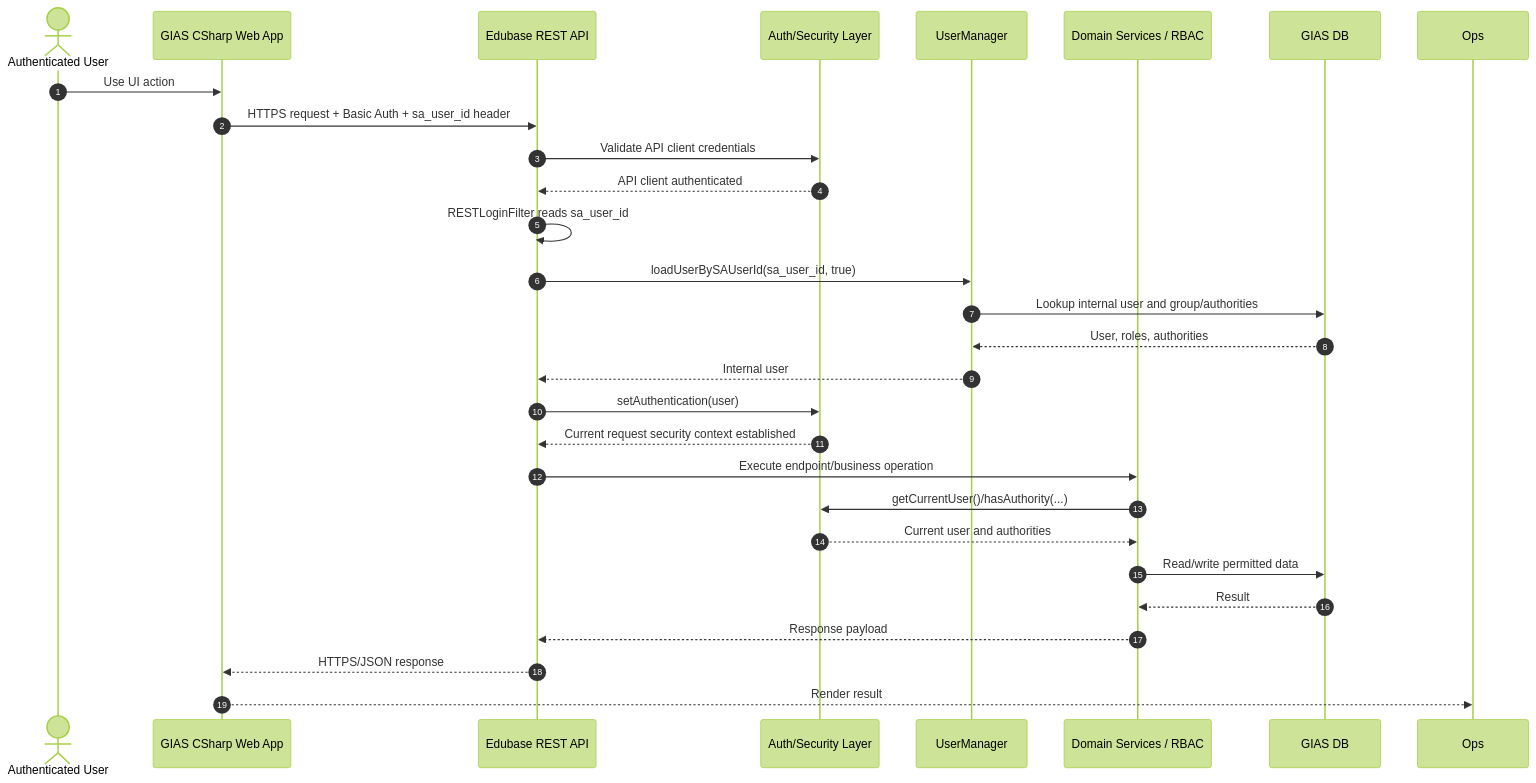
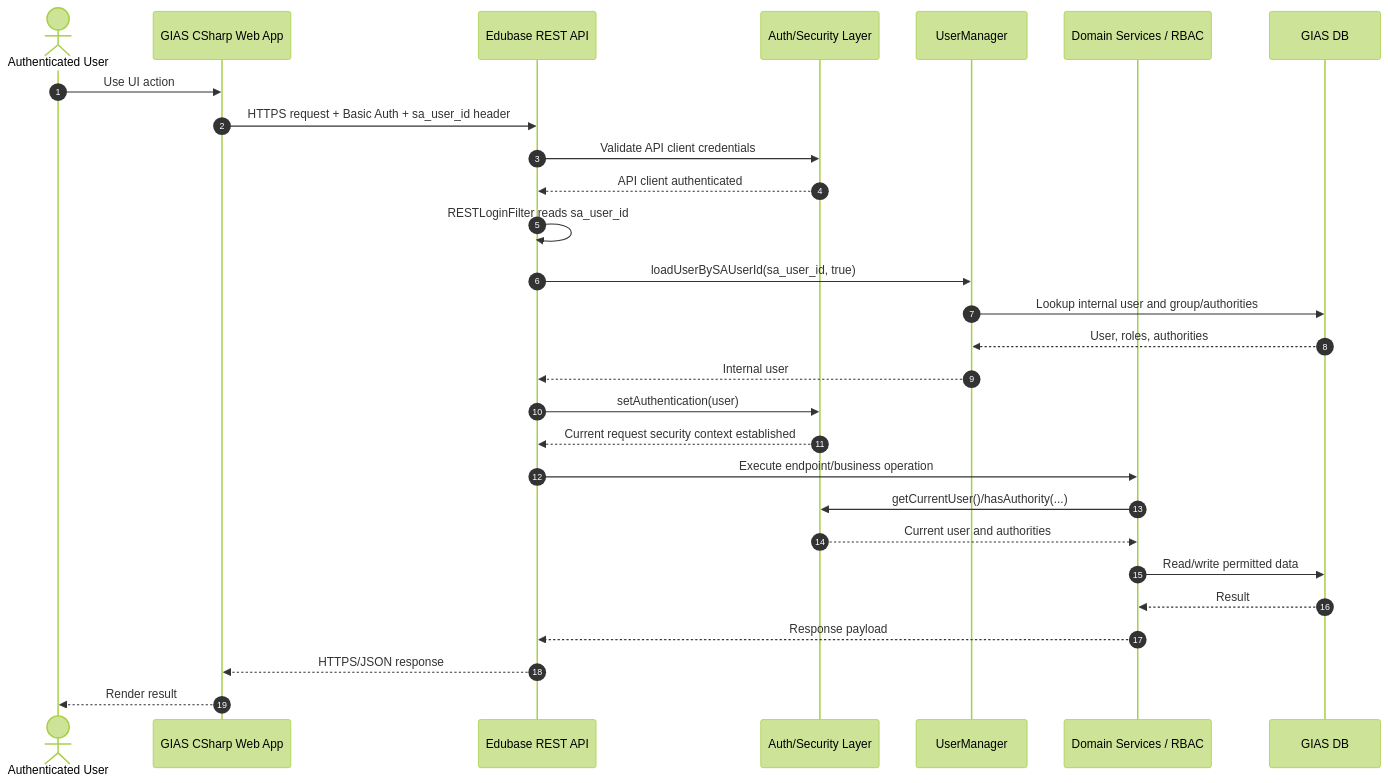
One commit to DFE-Digital/get-information-about-schools changed the fourth of 4 diagrams in documentation/service/back-end-component.md. Above: the diagram before and after it, drawn with Mermaid (forest theme). The commit also changed other lines of this file, not shown here.

Commit message:
component diagram

````diff
--- a/documentation/service/back-end-component.md
+++ b/documentation/service/back-end-component.md
@@ -192,34 +191,34 @@
 ```mermaid
 sequenceDiagram
     autonumber
     actor authUser as Authenticated User
     participant FE as GIAS CSharp Web App
     participant API as Edubase REST API
     participant Auth as Auth/Security Layer
     participant UM as UserManager
     participant RBAC as Domain Services / RBAC
     participant DB as GIAS DB
 
     authUser->>FE: Use UI action
     FE->>API: HTTPS request + Basic Auth + sa_user_id header
     API->>Auth: Validate API client credentials
     Auth-->>API: API client authenticated
 
     API->>API: RESTLoginFilter reads sa_user_id
     API->>UM: loadUserBySAUserId(sa_user_id, true)
     UM->>DB: Lookup internal user and group/authorities
     DB-->>UM: User, roles, authorities
     UM-->>API: Internal user
 
     API->>Auth: setAuthentication(user)
     Auth-->>API: Current request security context established
 
     API->>RBAC: Execute endpoint/business operation
     RBAC->>Auth: getCurrentUser()/hasAuthority(...)
     Auth-->>RBAC: Current user and authorities
     RBAC->>DB: Read/write permitted data
     DB-->>RBAC: Result
     RBAC-->>API: Response payload
     API-->>FE: HTTPS/JSON response
-    FE-->>Ops: Render result
+    FE-->>authUser: Render result
 ```
````
